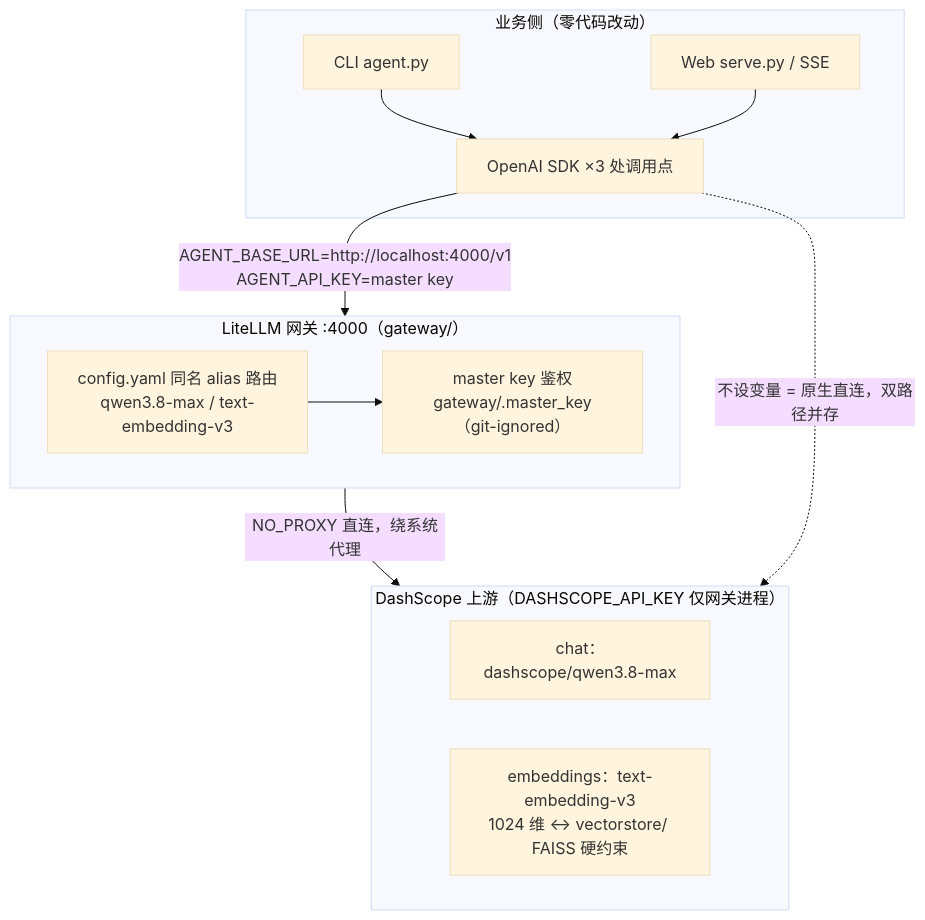
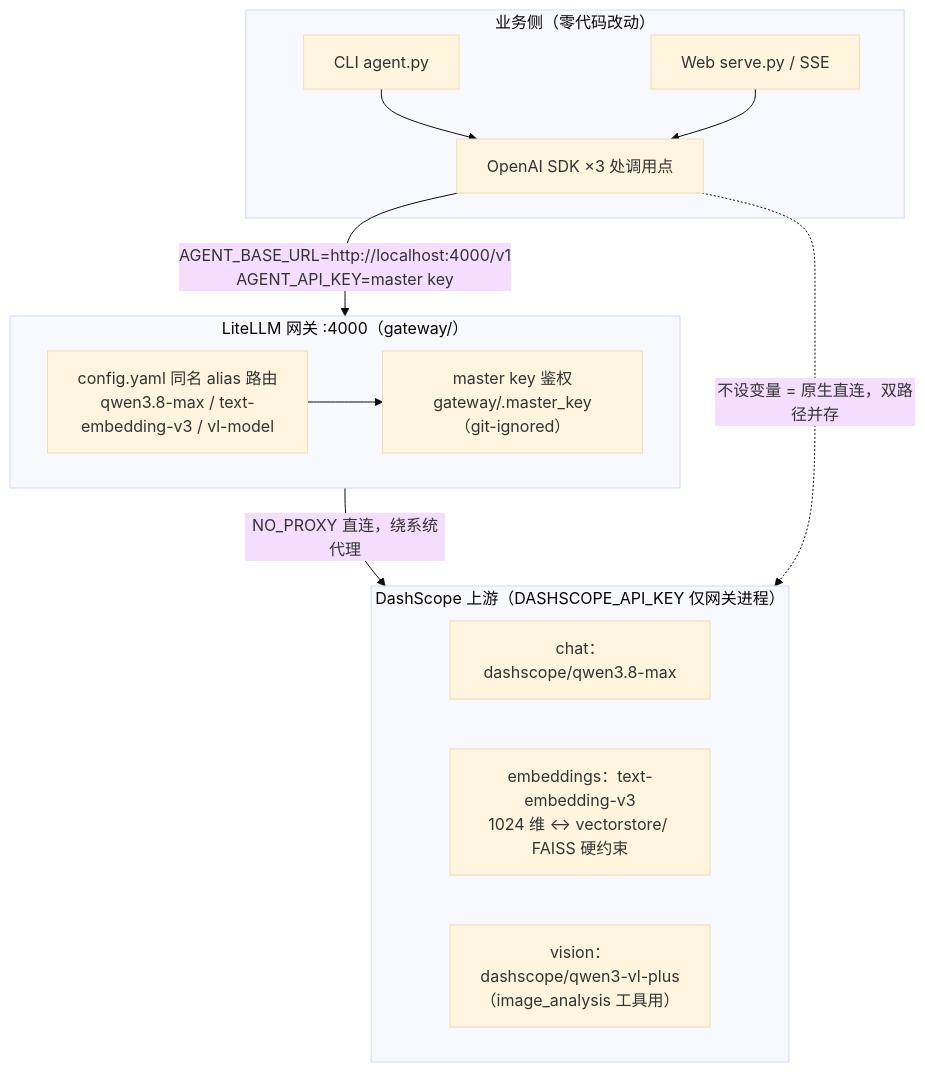
One commit to tt519660/stock-agent changed the diagram in README.md. Above: the diagram before and after it, drawn with Mermaid (base theme). The commit also changed other lines of this file, not shown here.

````diff
--- a/README.md
+++ b/README.md
@@ -276,25 +279,26 @@
 ```mermaid
 flowchart TB
     subgraph APP["业务侧（零代码改动）"]
         CLI["CLI agent.py"]
         WEB["Web serve.py / SSE"]
         SDK["OpenAI SDK ×3 处调用点"]
         CLI --> SDK
         WEB --> SDK
     end
 
     subgraph GW["LiteLLM 网关 :4000（gateway/）"]
-        CFG["config.yaml 同名 alias 路由<br/>qwen3.8-max / text-embedding-v3"]
+        CFG["config.yaml 同名 alias 路由<br/>qwen3.8-max / text-embedding-v3 / vl-model"]
         AUTH["master key 鉴权<br/>gateway/.master_key（git-ignored）"]
         CFG --> AUTH
     end
 
     subgraph UP["DashScope 上游（DASHSCOPE_API_KEY 仅网关进程）"]
         CHAT["chat：dashscope/qwen3.8-max"]
         EMB["embeddings：text-embedding-v3<br/>1024 维 ↔ vectorstore/ FAISS 硬约束"]
+        VL["vision：dashscope/qwen3-vl-plus<br/>（image_analysis 工具用）"]
     end
 
     SDK -->|"AGENT_BASE_URL=http://localhost:4000/v1<br/>AGENT_API_KEY=master key"| GW
     GW -->|"NO_PROXY 直连，绕系统代理"| UP
     SDK -.->|"不设变量 = 原生直连，双路径并存"| UP
 ```
````
